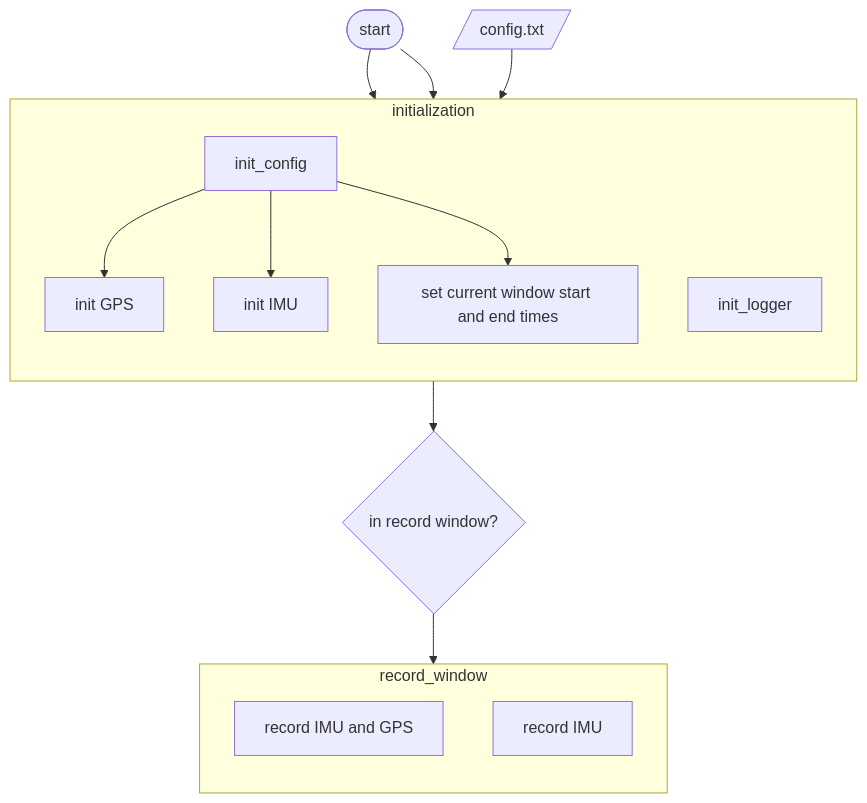
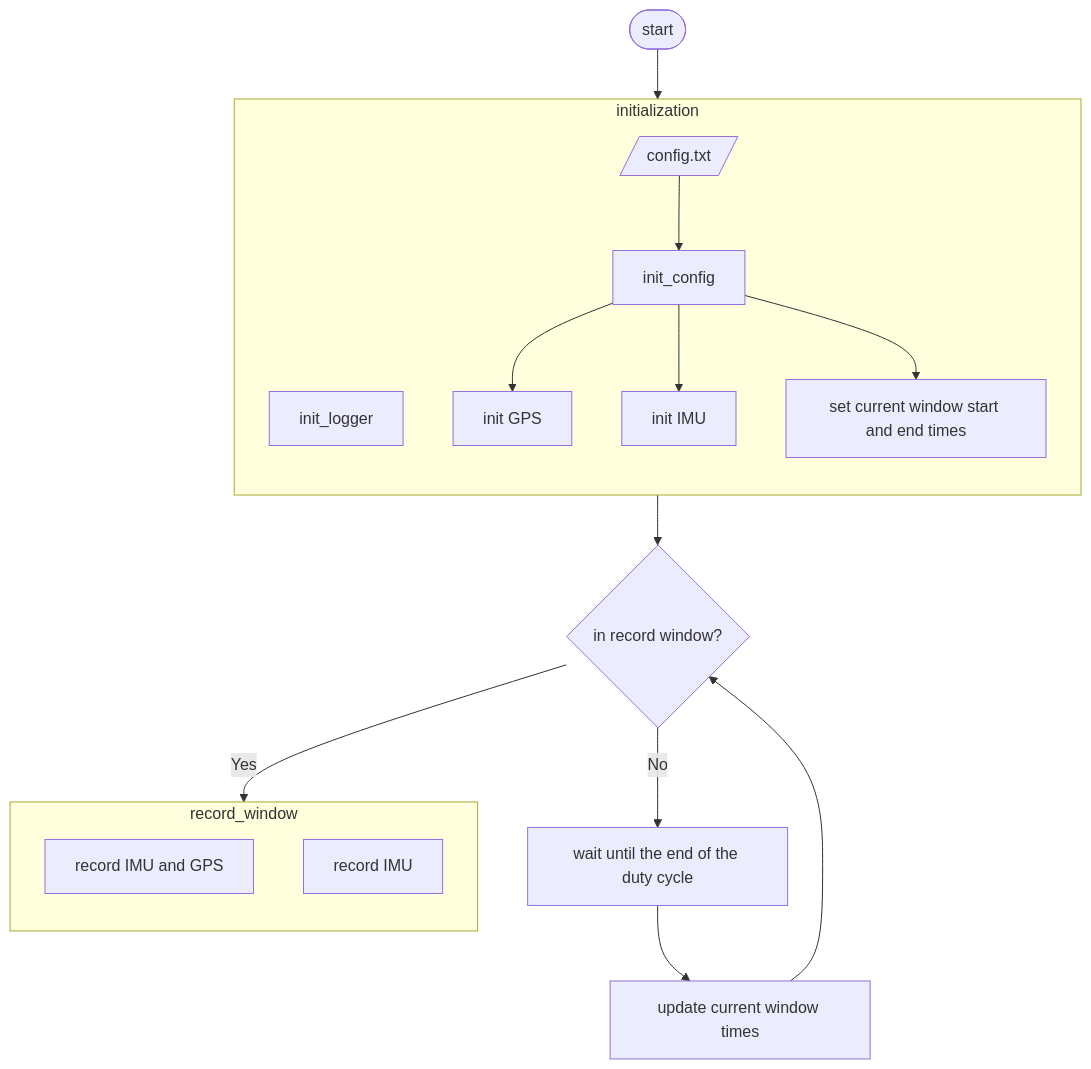
One commit to SASlabgroup/microSWIFT changed the second of 3 diagrams in doc/Design.md. Above: the diagram before and after it, drawn with Mermaid. The commit also changed other lines of this file, not shown here.

````diff
--- a/doc/Design.md
+++ b/doc/Design.md
@@ -56,21 +86,25 @@
 ```mermaid
 flowchart TB
-    start([start])--> config & logger
-    user_config[/config.txt/]-->config
+    start([start])--> initialization
 
     subgraph initialization
         direction TB
-        logger["init_logger"] & config["init_config"];
+        logger["init_logger"]
+        user_config[/config.txt/]-->config["init_config"];
         config-->gps["init GPS"] & imu["init IMU"] & set_time["set current window start and end times"];
     end
 
     subgraph record_window
         direction TB
         record_gps["record IMU and GPS"]
         record_imu["record IMU"]
     end
 
     initialization-->in_record{"in record window?"};
-    in_record-->record_window
+    in_record-->|Yes| record_window
+
+    in_record-->|No| wait["wait until the end of the duty cycle"]
+    wait-->update_times["update current window times"]    
+    update_times-->in_record
 
 ```
````
